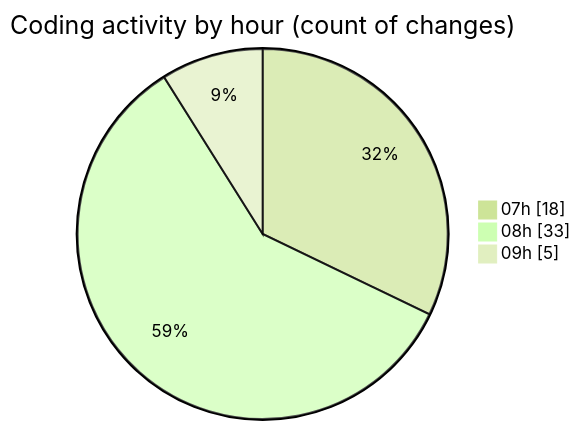
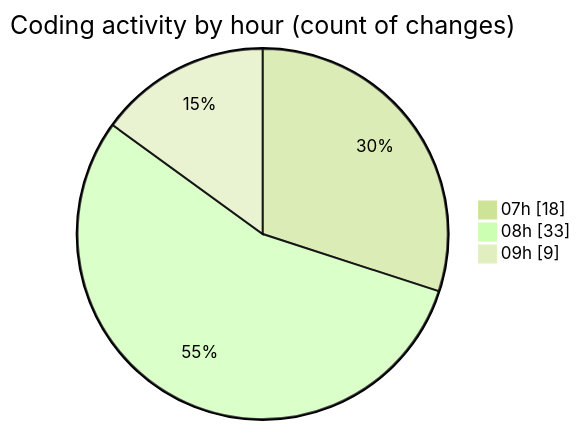
The second of 2 diagrams in 2025-02-03/mbc-web/README.md (robertbonfada/code-tracking), drawn with Mermaid (forest theme) before and after one commit. The commit also changed other lines of this file and 1 other file, not shown here.

````diff
--- a/2025-02-03/mbc-web/README.md
+++ b/2025-02-03/mbc-web/README.md
@@ -38,7 +38,7 @@
 ```mermaid
 pie showData
 title Coding activity by hour (count of changes)
 "07h" : 18
 "08h" : 33
-"09h" : 5
+"09h" : 9
 ```
````
